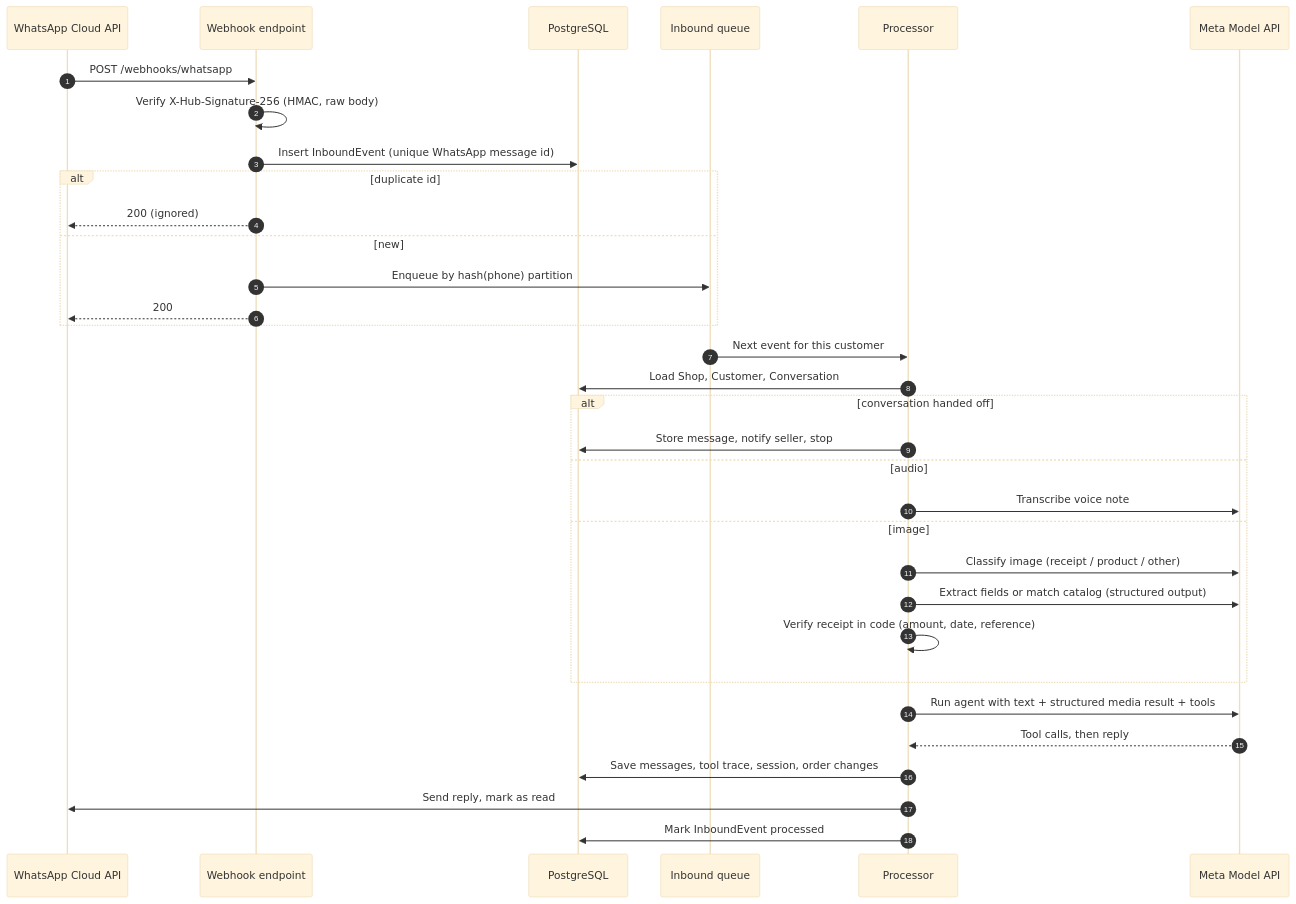
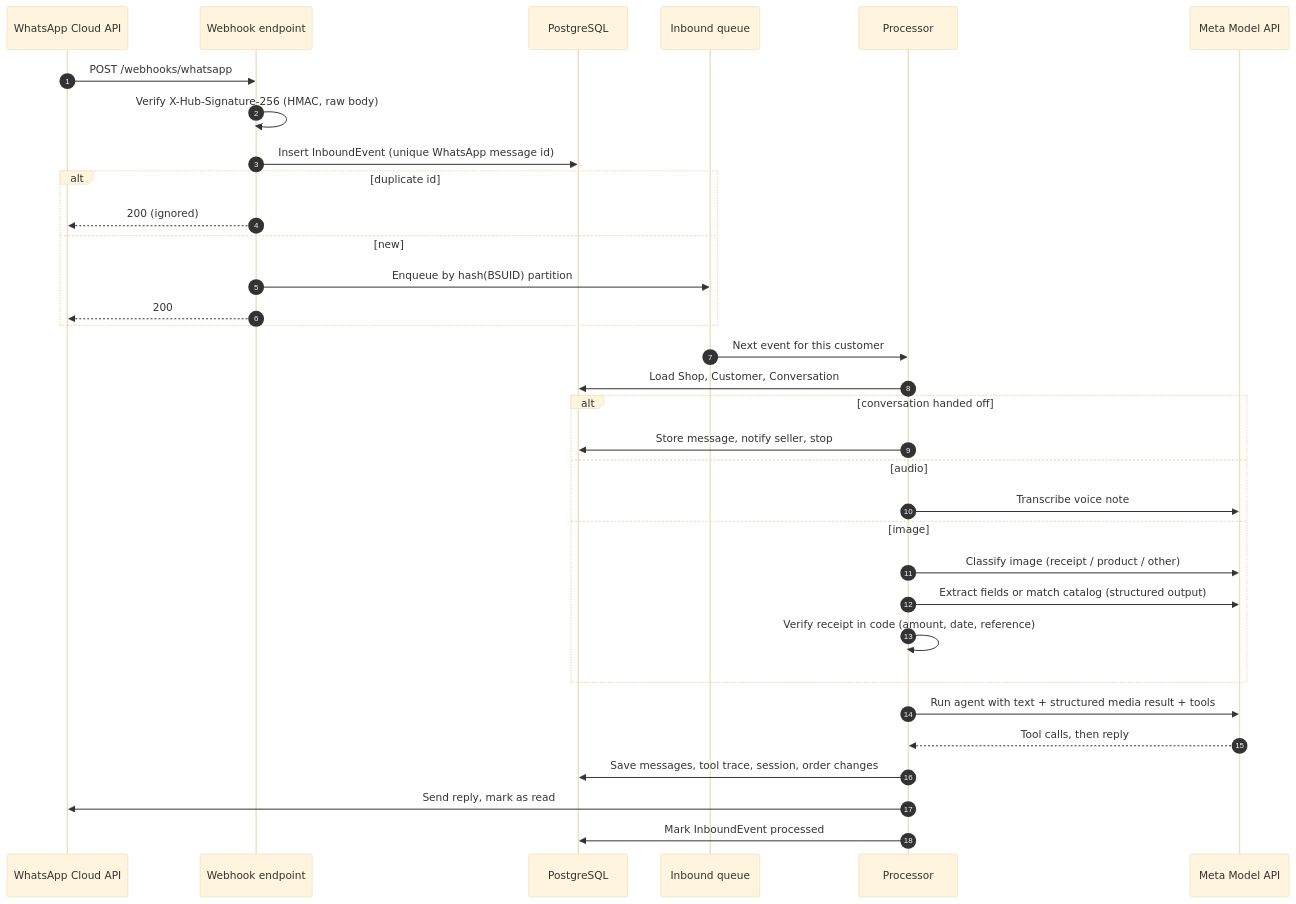
The second of 3 diagrams in ARCHITECTURE.md (NIMICODER/tendaa-shop), drawn with Mermaid (base theme) before and after one commit. The commit also changed other lines of this file and 79 other files, not shown here.

````diff
--- a/ARCHITECTURE.md
+++ b/ARCHITECTURE.md
@@ -69,35 +70,35 @@
 ```mermaid
 sequenceDiagram
     autonumber
     participant WA as WhatsApp Cloud API
     participant WH as Webhook endpoint
     participant DB as PostgreSQL
     participant Q as Inbound queue
     participant P as Processor
     participant M as Meta Model API
     WA->>WH: POST /webhooks/whatsapp
     WH->>WH: Verify X-Hub-Signature-256 (HMAC, raw body)
     WH->>DB: Insert InboundEvent (unique WhatsApp message id)
     alt duplicate id
         WH-->>WA: 200 (ignored)
     else new
-        WH->>Q: Enqueue by hash(phone) partition
+        WH->>Q: Enqueue by hash(BSUID) partition
         WH-->>WA: 200
     end
     Q->>P: Next event for this customer
     P->>DB: Load Shop, Customer, Conversation
     alt conversation handed off
         P->>DB: Store message, notify seller, stop
     else audio
         P->>M: Transcribe voice note
     else image
         P->>M: Classify image (receipt / product / other)
         P->>M: Extract fields or match catalog (structured output)
         P->>P: Verify receipt in code (amount, date, reference)
     end
     P->>M: Run agent with text + structured media result + tools
     M-->>P: Tool calls, then reply
     P->>DB: Save messages, tool trace, session, order changes
     P->>WA: Send reply, mark as read
     P->>DB: Mark InboundEvent processed
 ```
````
